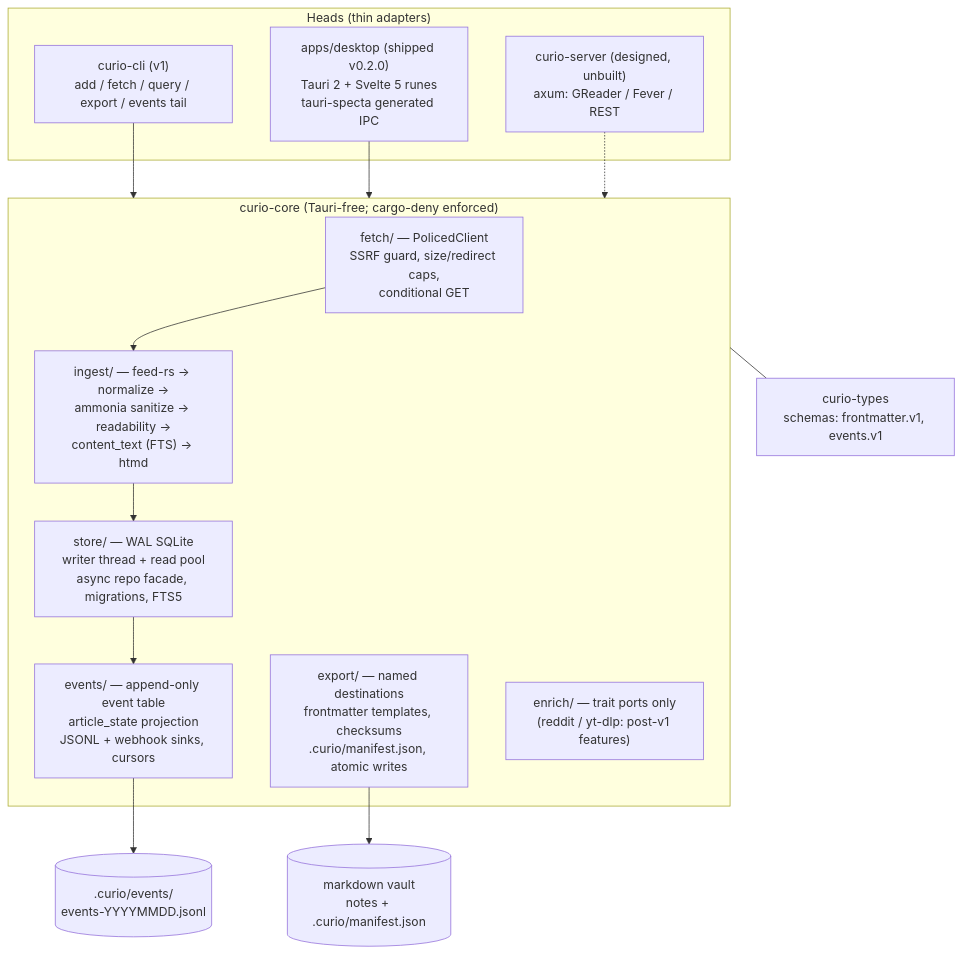
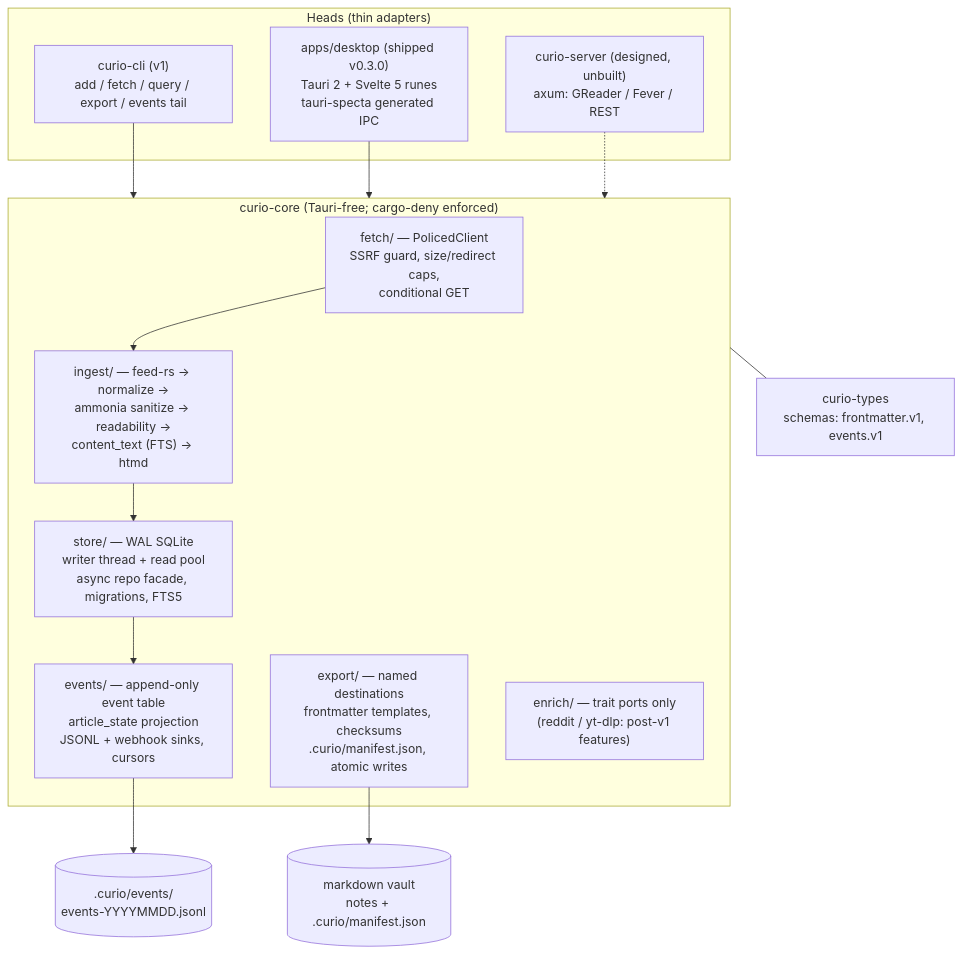
The diagram in docs/design/architecture.md (alexnodeland/curio-rss), drawn with Mermaid before and after one commit. The commit also changed other lines of this file and 4 other files, not shown here.

````diff
--- a/docs/design/architecture.md
+++ b/docs/design/architecture.md
@@ -32,27 +32,27 @@
 ```mermaid
 flowchart TB
   subgraph heads["Heads (thin adapters)"]
     CLI["curio-cli (v1)<br/>add / fetch / query / export / events tail"]
-    DESK["apps/desktop (shipped v0.2.0)<br/>Tauri 2 + Svelte 5 runes<br/>tauri-specta generated IPC"]
+    DESK["apps/desktop (shipped v0.3.0)<br/>Tauri 2 + Svelte 5 runes<br/>tauri-specta generated IPC"]
     SRV["curio-server (designed, unbuilt)<br/>axum: GReader / Fever / REST"]
   end
   subgraph core["curio-core (Tauri-free; cargo-deny enforced)"]
     FETCH["fetch/ — PolicedClient<br/>SSRF guard, size/redirect caps,<br/>conditional GET"]
     INGEST["ingest/ — feed-rs → normalize →<br/>ammonia sanitize → readability →<br/>content_text (FTS) → htmd"]
     STORE["store/ — WAL SQLite<br/>writer thread + read pool<br/>async repo facade, migrations, FTS5"]
     EVENTS["events/ — append-only event table<br/>article_state projection<br/>JSONL + webhook sinks, cursors"]
     EXPORT["export/ — named destinations<br/>frontmatter templates, checksums<br/>.curio/manifest.json, atomic writes"]
     ENRICH["enrich/ — trait ports only<br/>(reddit / yt-dlp: post-v1 features)"]
   end
   TYPES["curio-types<br/>schemas: frontmatter.v1, events.v1"]
   VAULT[("markdown vault<br/>notes + .curio/manifest.json")]
   JSONL[(".curio/events/<br/>events-YYYYMMDD.jsonl")]
   CLI --> core
   DESK --> core
   SRV -.-> core
   FETCH --> INGEST --> STORE
   STORE --> EVENTS
   EXPORT --> VAULT
   EVENTS --> JSONL
   core --- TYPES
 ```
````
